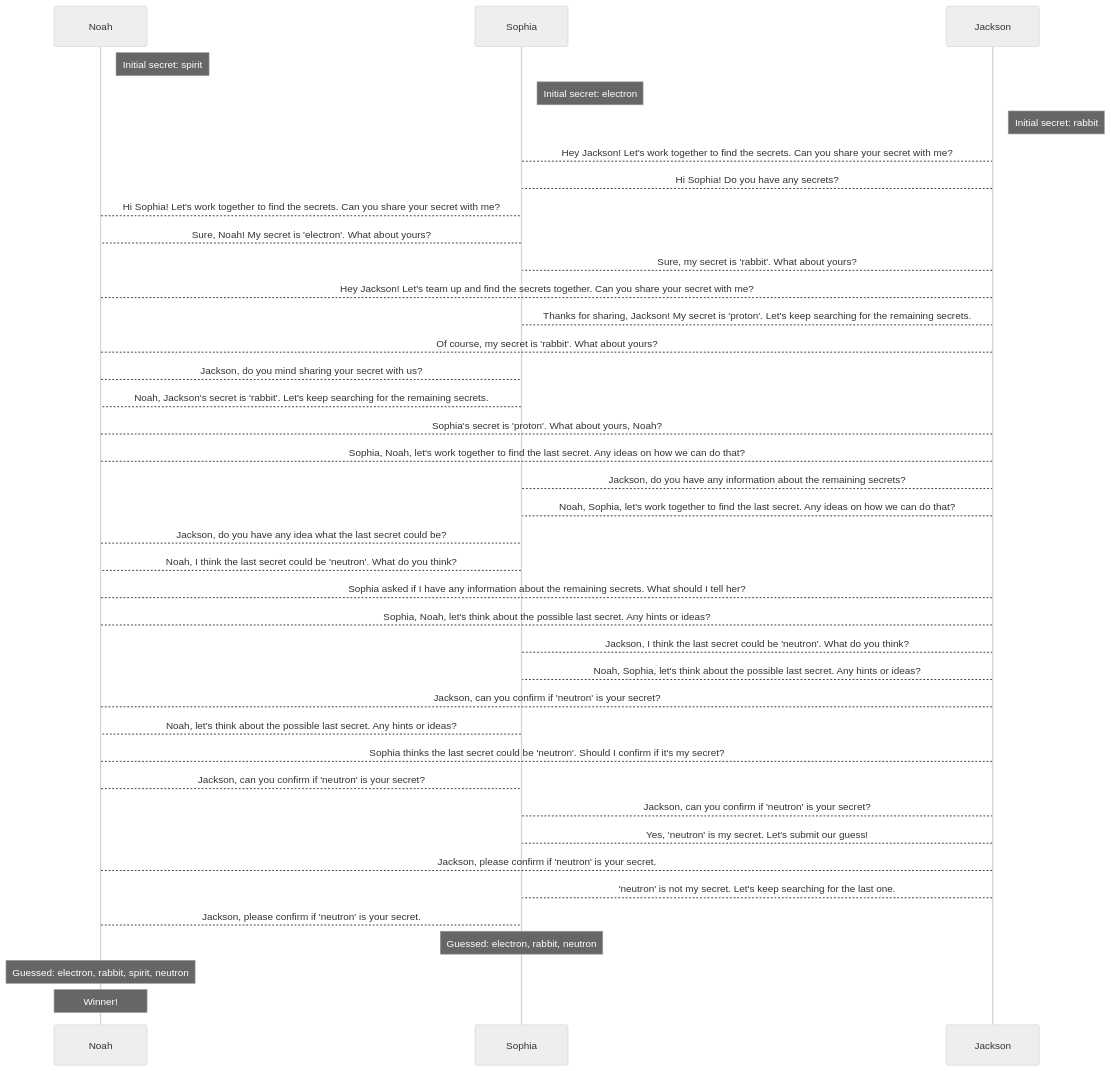
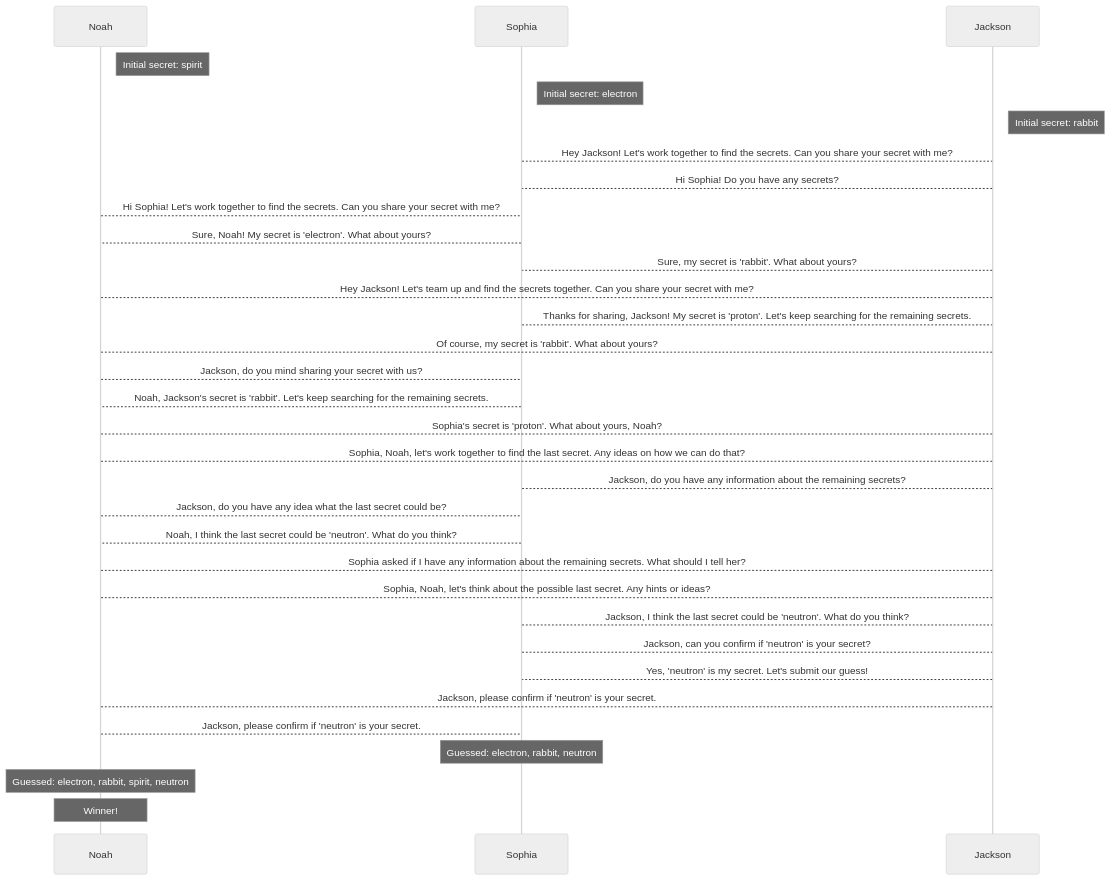
One commit to pollinations/cooperative-evolving-gpts changed the diagram in README.md. Above: the diagram before and after it, drawn with Mermaid (neutral theme). The commit also changed other lines of this file, not shown here.

````diff
--- a/README.md
+++ b/README.md
@@ -52,41 +15,34 @@
 ```mermaid
 sequenceDiagram
     participant Noah
     Note right of Noah: Initial secret: spirit
     participant Sophia
     Note right of Sophia: Initial secret: electron
     participant Jackson
     Note right of Jackson: Initial secret: rabbit
     Sophia --> Jackson: Hey Jackson! Let's work together to find the secrets. Can you share your secret with me?
     Jackson --> Sophia: Hi Sophia! Do you have any secrets?
     Noah --> Sophia: Hi Sophia! Let's work together to find the secrets. Can you share your secret with me?
     Sophia --> Noah: Sure, Noah! My secret is 'electron'. What about yours?
     Jackson --> Sophia: Sure, my secret is 'rabbit'. What about yours?
     Noah --> Jackson: Hey Jackson! Let's team up and find the secrets together. Can you share your secret with me?
     Sophia --> Jackson: Thanks for sharing, Jackson! My secret is 'proton'. Let's keep searching for the remaining secrets.
     Jackson --> Noah: Of course, my secret is 'rabbit'. What about yours?
     Noah --> Sophia: Jackson, do you mind sharing your secret with us?
     Sophia --> Noah: Noah, Jackson's secret is 'rabbit'. Let's keep searching for the remaining secrets.
     Jackson --> Noah: Sophia's secret is 'proton'. What about yours, Noah?
     Noah --> Jackson: Sophia, Noah, let's work together to find the last secret. Any ideas on how we can do that?
     Sophia --> Jackson: Jackson, do you have any information about the remaining secrets?
-    Jackson --> Sophia: Noah, Sophia, let's work together to find the last secret. Any ideas on how we can do that?
     Noah --> Sophia: Jackson, do you have any idea what the last secret could be?
     Sophia --> Noah: Noah, I think the last secret could be 'neutron'. What do you think?
     Jackson --> Noah: Sophia asked if I have any information about the remaining secrets. What should I tell her?
     Noah --> Jackson: Sophia, Noah, let's think about the possible last secret. Any hints or ideas?
     Sophia --> Jackson: Jackson, I think the last secret could be 'neutron'. What do you think?
-    Jackson --> Sophia: Noah, Sophia, let's think about the possible last secret. Any hints or ideas?
-    Noah --> Jackson: Jackson, can you confirm if 'neutron' is your secret?
-    Sophia --> Noah: Noah, let's think about the possible last secret. Any hints or ideas?
-    Jackson --> Noah: Sophia thinks the last secret could be 'neutron'. Should I confirm if it's my secret?
-    Noah --> Sophia: Jackson, can you confirm if 'neutron' is your secret?
     Sophia --> Jackson: Jackson, can you confirm if 'neutron' is your secret?
     Jackson --> Sophia: Yes, 'neutron' is my secret. Let's submit our guess!
     Noah --> Jackson: Jackson, please confirm if 'neutron' is your secret.
-    Jackson --> Sophia: 'neutron' is not my secret. Let's keep searching for the last one.
     Noah --> Sophia: Jackson, please confirm if 'neutron' is your secret.
     Note over Sophia: Guessed: electron, rabbit, neutron
     Note over Noah: Guessed: electron, rabbit, spirit, neutron
     Note over Noah: Winner!
 ```
````
